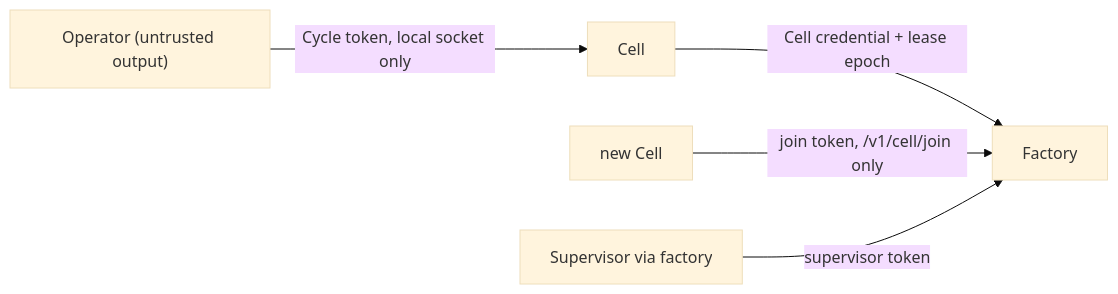
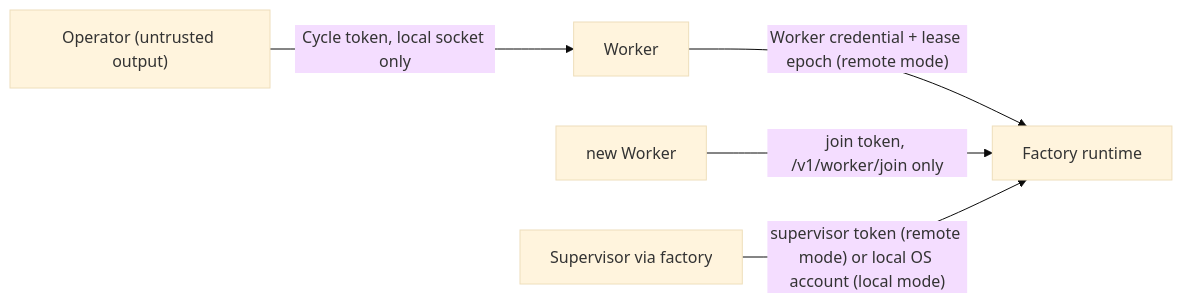
The second of 8 diagrams in docs/PLAN.md (xyashino/software-factory), drawn with Mermaid (base theme) before and after one commit. The commit also changed other lines of this file and 48 other files, not shown here.

Commit message:
docs: restructure architecture around local socket server

````diff
--- a/docs/PLAN.md
+++ b/docs/PLAN.md
@@ -104,7 +125,7 @@
 ```mermaid
 flowchart LR
-  A["Operator (untrusted output)"] -- "Cycle token, local socket only" --> C["Cell"]
-  C -- "Cell credential + lease epoch" --> S["Factory"]
-  J["new Cell"] -- "join token, /v1/cell/join only" --> S
-  U["Supervisor via factory"] -- "supervisor token" --> S
+  A["Operator (untrusted output)"] -- "Cycle token, local socket only" --> C["Worker"]
+  C -- "Worker credential + lease epoch (remote mode)" --> S["Factory runtime"]
+  J["new Worker"] -- "join token, /v1/worker/join only" --> S
+  U["Supervisor via factory"] -- "supervisor token (remote mode) or local OS account (local mode)" --> S
 ```
````
